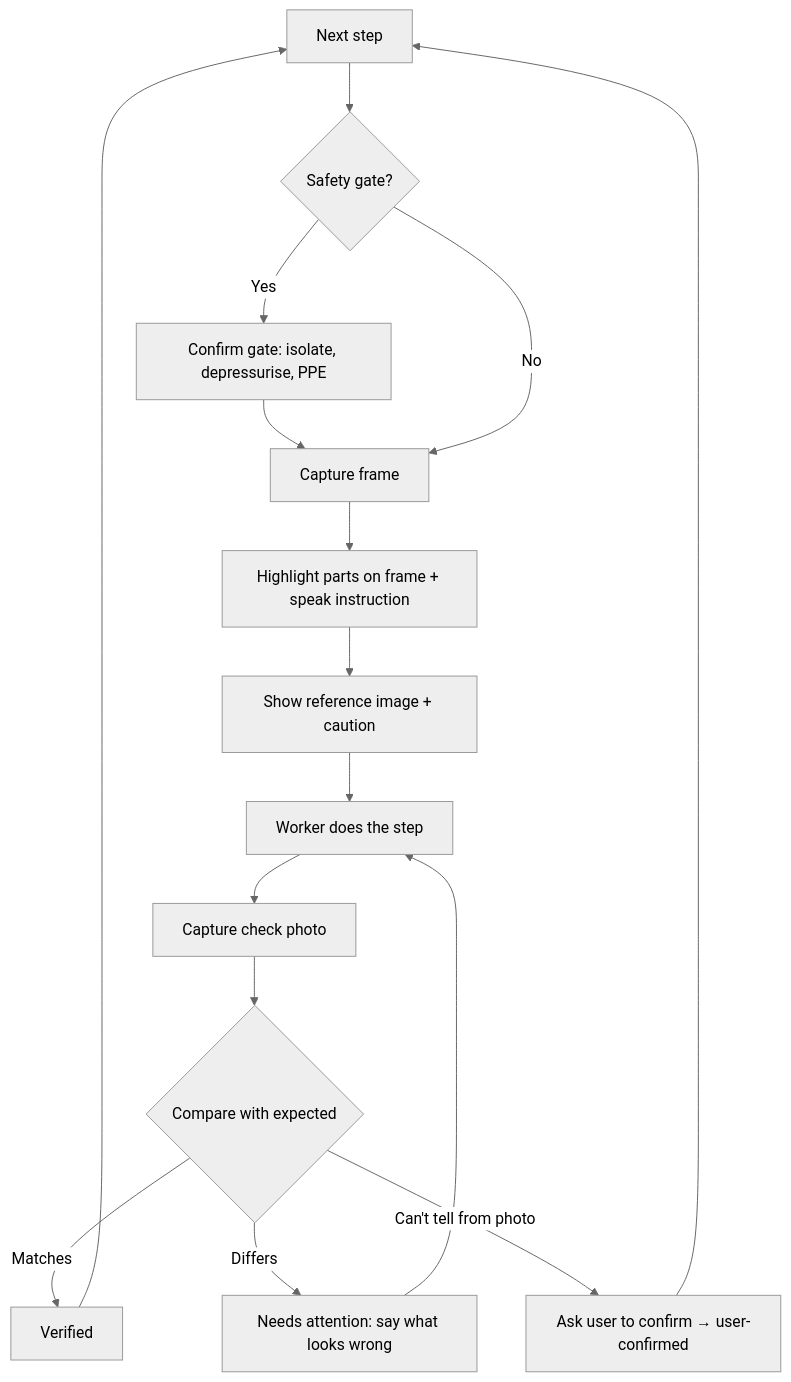
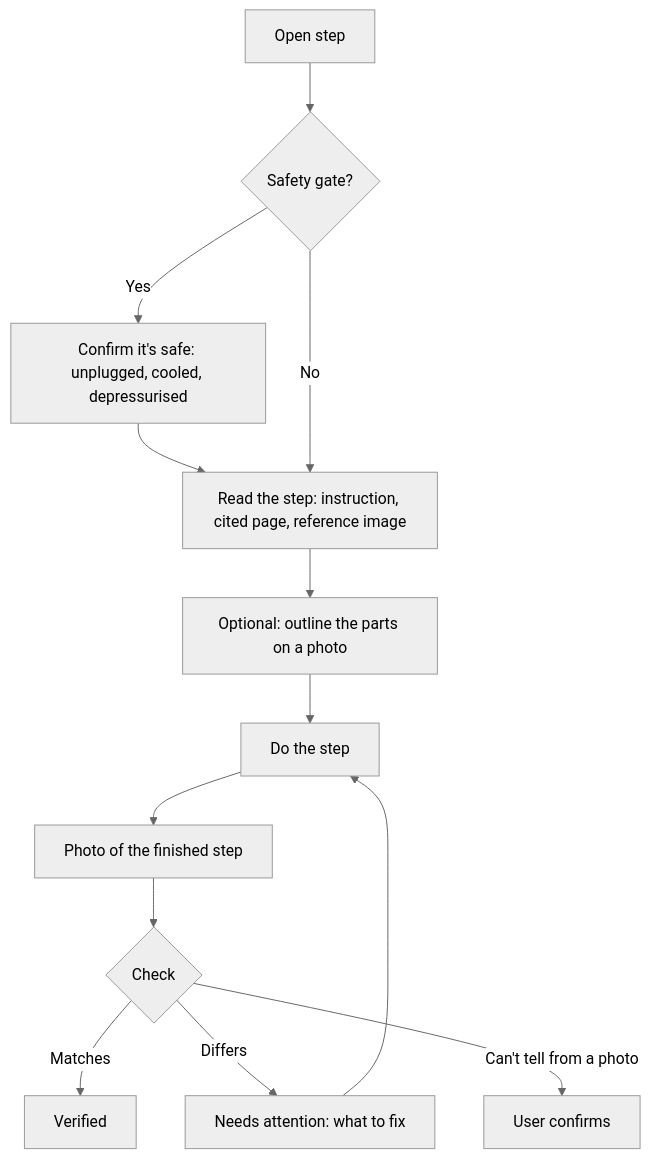
One commit to ahmaddev-codex/tandrix changed the third of 3 diagrams in docs/product/User_Flows.md. Above: the diagram before and after it, drawn with Mermaid (neutral theme). The commit also changed other lines of this file and 13 other files, not shown here.

First line of the commit message:
docs: current product, architecture and task list

````diff
--- a/docs/product/User_Flows.md
+++ b/docs/product/User_Flows.md
@@ -36,16 +62,13 @@
 ```mermaid
 flowchart TD
-  S[Next step] --> G{Safety gate?}
-  G -->|Yes| G1[Confirm gate: isolate, depressurise, PPE] --> P
-  G -->|No| P[Capture frame]
-  P --> H[Highlight parts on frame + speak instruction]
-  H --> R[Show reference image + caution]
-  R --> D[Worker does the step]
-  D --> C[Capture check photo]
-  C --> V{Compare with expected}
+  S[Open step] --> G{Safety gate?}
+  G -->|Yes| G1[Confirm it's safe: unplugged, cooled, depressurised] --> W
+  G -->|No| W[Read the step: instruction, cited page, reference image]
+  W --> H[Optional: outline the parts on a photo]
+  H --> D[Do the step]
+  D --> C[Photo of the finished step]
+  C --> V{Check}
   V -->|Matches| OK[Verified]
-  V -->|Differs| X[Needs attention: say what looks wrong] --> D
-  V -->|Can't tell from photo| U[Ask user to confirm → user-confirmed]
-  OK --> S
-  U --> S
+  V -->|Differs| X[Needs attention: what to fix] --> D
+  V -->|Can't tell from a photo| U[User confirms]
 ```
````
